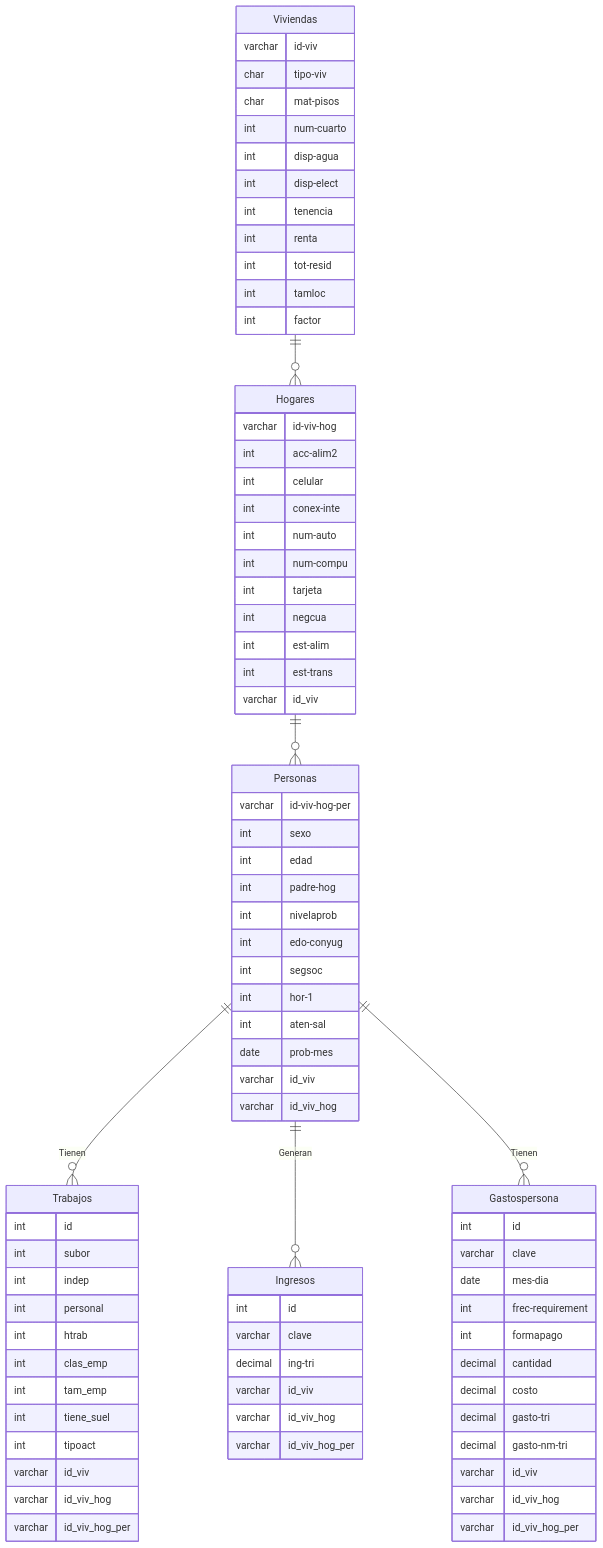
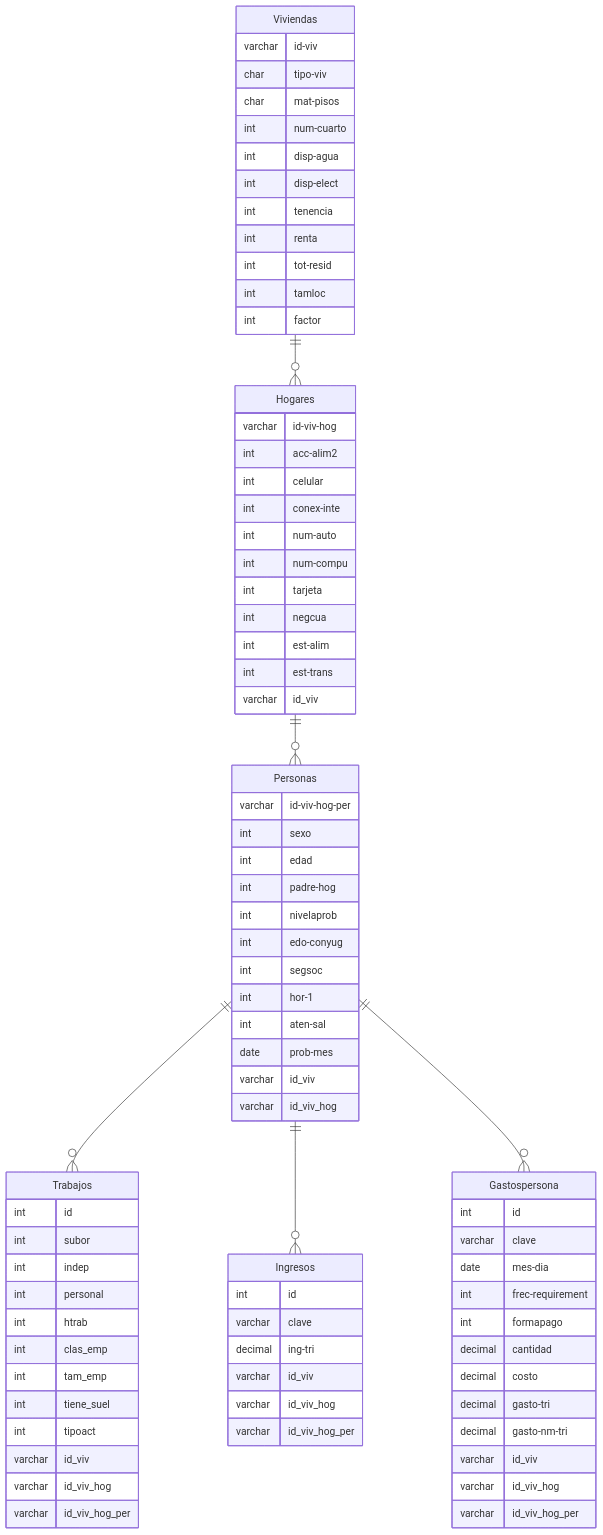
One commit to ArnoldoOliva/BasesDeDatosRelacionales changed the diagram in Tarea 3 - Modelo relacional.md. Above: the diagram before and after it, drawn with Mermaid.

Commit message:
Update Tarea 3 - Modelo relacional.md
model

```diff
--- a/Tarea 3 - Modelo relacional.md
+++ b/Tarea 3 - Modelo relacional.md
@@ -27,9 +27,9 @@
 erDiagram 
   Viviendas ||--}o Hogares : "" 
   Hogares ||--}o Personas : "" 
-  Personas ||--}o Trabajos : "Tienen"
-  Personas ||--}o Ingresos : "Generan"
-  Personas ||--}o Gastospersona : "Tienen"
+  Personas ||--}o Trabajos : ""
+  Personas ||--}o Ingresos : ""
+  Personas ||--}o Gastospersona : ""
 
   Viviendas { 
     varchar id-viv 
```
